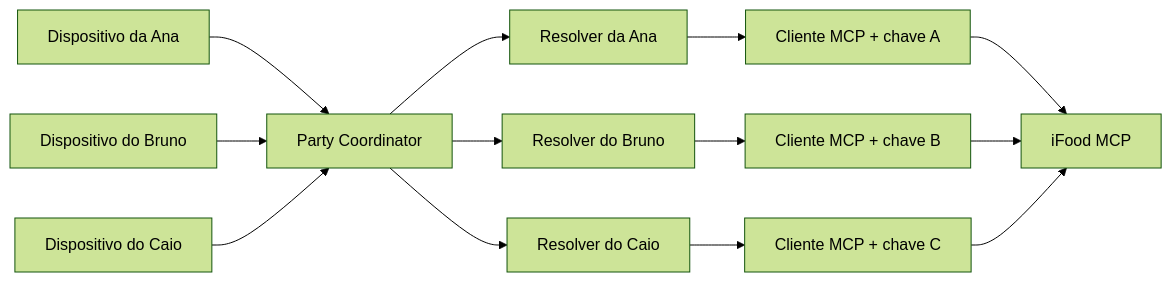
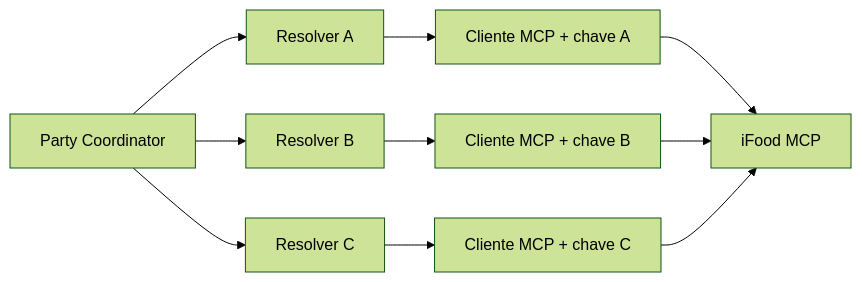
One commit to mhdsilva/hackaton-ifood changed the diagram in docs/adr/0001-uma-sessao-mcp-por-participante.md. Above: the diagram before and after it, drawn with Mermaid (forest theme). The commit also changed other lines of this file and 4 other files, not shown here.

````diff
--- a/docs/adr/0001-uma-sessao-mcp-por-participante.md
+++ b/docs/adr/0001-uma-sessao-mcp-por-participante.md
@@ -12,18 +12,13 @@
 ```mermaid
 flowchart LR
-    UIA[Dispositivo da Ana] --> PARTY[Party Coordinator]
-    UIB[Dispositivo do Bruno] --> PARTY
-    UIC[Dispositivo do Caio] --> PARTY
-
-    PARTY --> RA[Resolver da Ana]
-    PARTY --> RB[Resolver do Bruno]
-    PARTY --> RC[Resolver do Caio]
-
+    PARTY[Party Coordinator]
+    PARTY --> RA[Resolver A]
+    PARTY --> RB[Resolver B]
+    PARTY --> RC[Resolver C]
     RA --> CA[Cliente MCP + chave A]
     RB --> CB[Cliente MCP + chave B]
     RC --> CC[Cliente MCP + chave C]
-
     CA --> MCP[iFood MCP]
     CB --> MCP
     CC --> MCP
 ```
````
